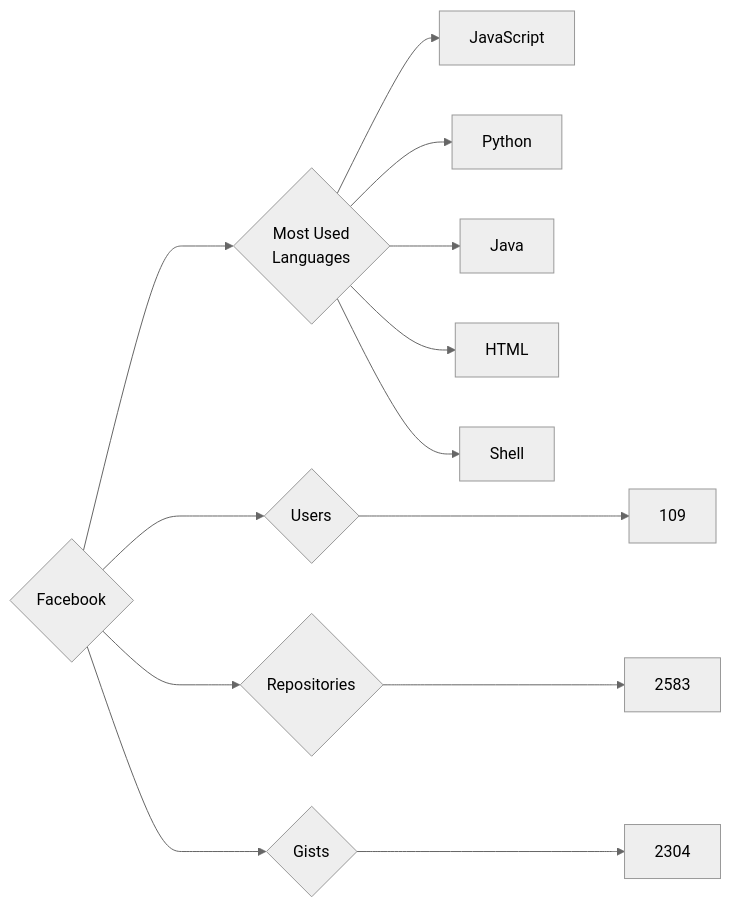
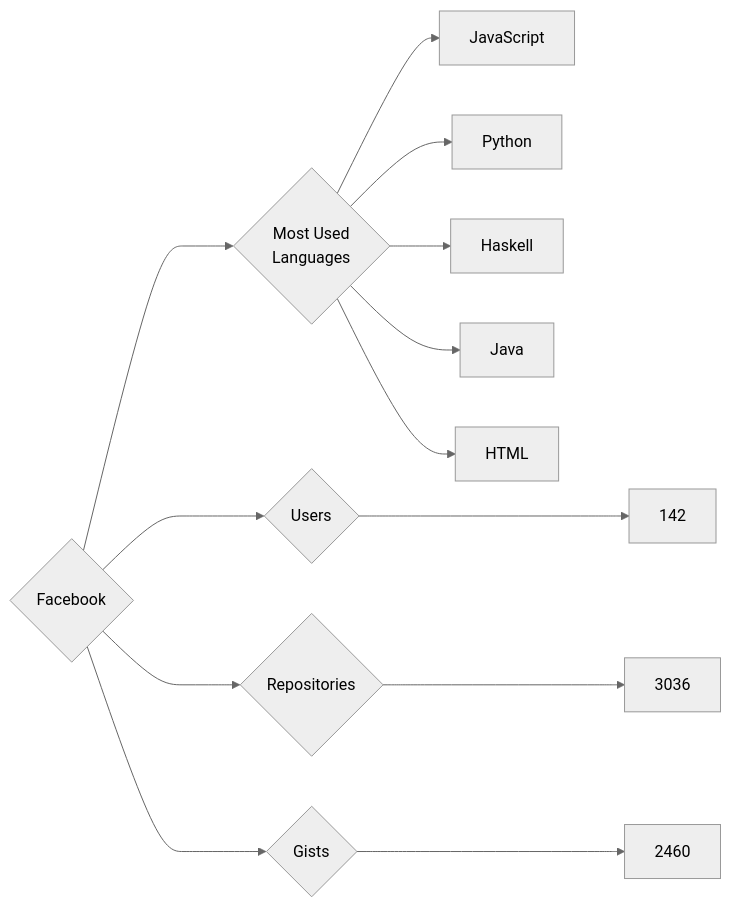
One commit to trickest/insiders changed the diagram in targets/Facebook/README.md. Above: the diagram before and after it, drawn with Mermaid (neutral theme). The commit also changed 861 other files, not shown here.

````diff
--- a/targets/Facebook/README.md
+++ b/targets/Facebook/README.md
@@ -3,13 +3,13 @@
 ```mermaid
 graph LR
 COMPANY_NAME{Facebook}
-COMPANY_NAME ---> U{Users} ---> UN[109]
-COMPANY_NAME ---> R{Repositories} ---> RN[2583]
-COMPANY_NAME ---> G{Gists} ---> GN[2304]
+COMPANY_NAME ---> U{Users} ---> UN[142]
+COMPANY_NAME ---> R{Repositories} ---> RN[3036]
+COMPANY_NAME ---> G{Gists} ---> GN[2460]
 COMPANY_NAME ---> ML{Most Used<br>Languages}
 ML --> JavaScript[JavaScript]
 ML --> Python[Python]
+ML --> Haskell[Haskell]
 ML --> Java[Java]
 ML --> HTML[HTML]
-ML --> Shell[Shell]
 ```
````
